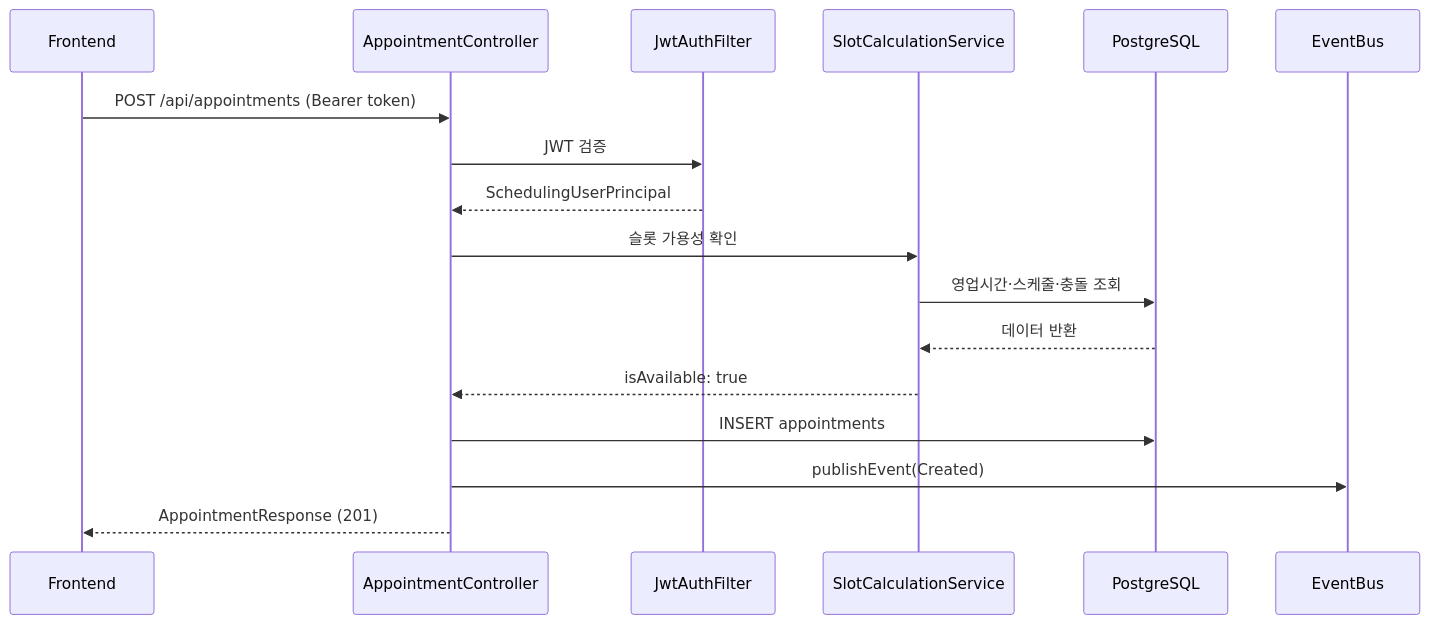
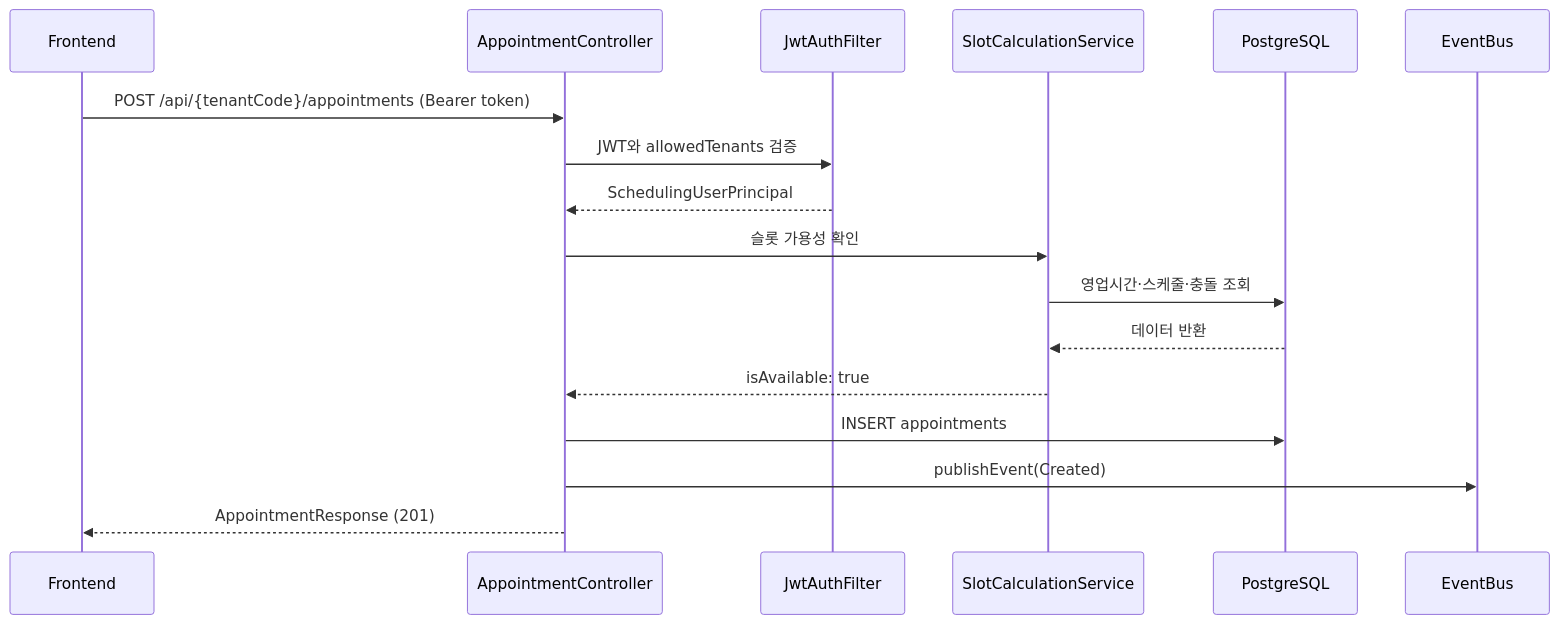
Before and after one commit to bluetape4k/clinic-appointment: the diagram in appointment-api/README.ko.md, drawn with Mermaid. The commit also changed other lines of this file and 81 other files, not shown here.

````diff
--- a/appointment-api/README.ko.md
+++ b/appointment-api/README.ko.md
@@ -36,20 +40,20 @@
 ```mermaid
 sequenceDiagram
     participant FE as Frontend
     participant API as AppointmentController
     participant SEC as JwtAuthFilter
     participant SLOT as SlotCalculationService
     participant DB as PostgreSQL
     participant EVT as EventBus
 
-    FE->>API: POST /api/appointments (Bearer token)
-    API->>SEC: JWT 검증
+    FE->>API: POST /api/{tenantCode}/appointments (Bearer token)
+    API->>SEC: JWT와 allowedTenants 검증
     SEC-->>API: SchedulingUserPrincipal
     API->>SLOT: 슬롯 가용성 확인
     SLOT->>DB: 영업시간·스케줄·충돌 조회
     DB-->>SLOT: 데이터 반환
     SLOT-->>API: isAvailable: true
     API->>DB: INSERT appointments
     API->>EVT: publishEvent(Created)
     API-->>FE: AppointmentResponse (201)
 ```
````
